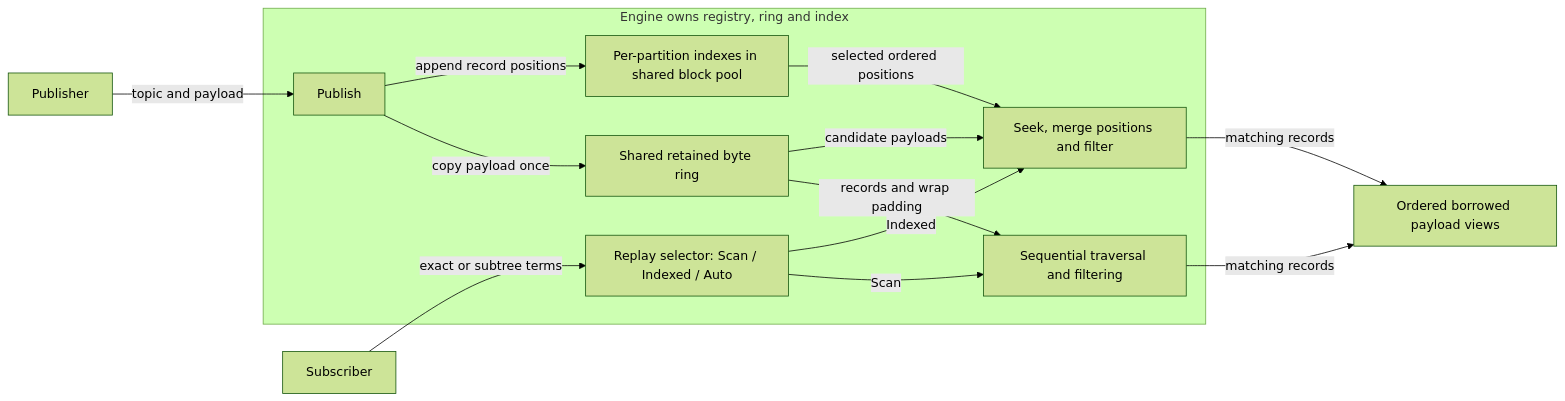
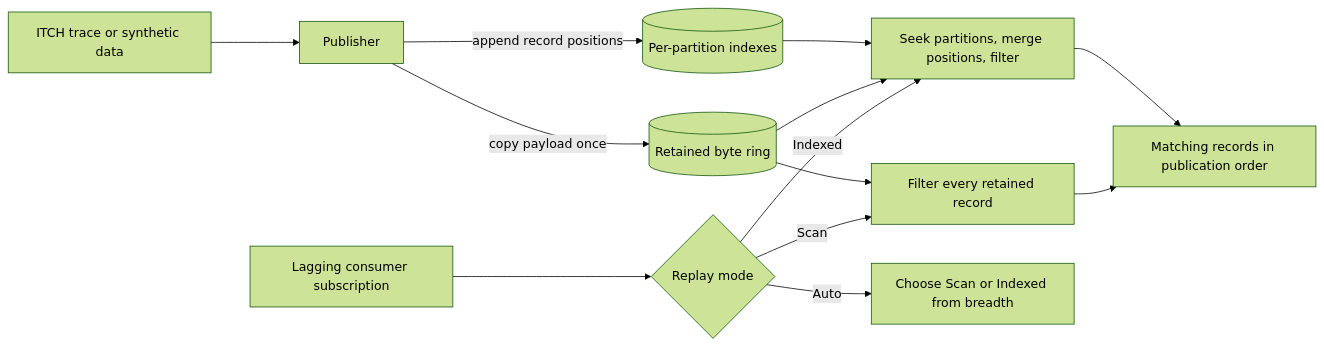
Before and after one commit to Shri2909/TipIndex-Indexed-Market-Data-Message-Bus: the diagram in README.md, drawn with Mermaid (forest theme). The commit also changed other lines of this file and 20 other files, not shown here.

Commit message:
Rewrite README; add short ARCHITECTURE and METHODOLOGY; update reproduction docs

````diff
--- a/README.md
+++ b/README.md
@@ -11,16 +16,15 @@
 ```mermaid
 flowchart LR
-  P[Publisher] -->|topic and payload| W
-  Q[Subscriber] -->|exact or subtree terms| S
-  subgraph E[Engine owns registry, ring and index]
-    W[Publish] -->|copy payload once| R[Shared retained byte ring]
-    W -->|append record positions| I[Per-partition indexes in shared block pool]
-    S[Replay selector: Scan / Indexed / Auto] -->|Scan| F[Sequential traversal and filtering]
-    S -->|Indexed| M[Seek, merge positions and filter]
-    R -->|records and wrap padding| F
-    I -->|selected ordered positions| M
-    R -->|candidate payloads| M
-  end
-  F -->|matching records| O[Ordered borrowed payload views]
-  M -->|matching records| O
+  D[ITCH trace or synthetic data] --> P[Publisher]
+  P -->|copy payload once| R[(Retained byte ring)]
+  P -->|append record positions| I[(Per-partition indexes)]
+  C[Lagging consumer subscription] --> A{Replay mode}
+  A -->|Scan| S[Filter every retained record]
+  A -->|Indexed| M[Seek partitions, merge positions, filter]
+  A -->|Auto| A2[Choose Scan or Indexed from breadth]
+  R --> S
+  R --> M
+  I --> M
+  S --> O[Matching records in publication order]
+  M --> O
 ```
````
